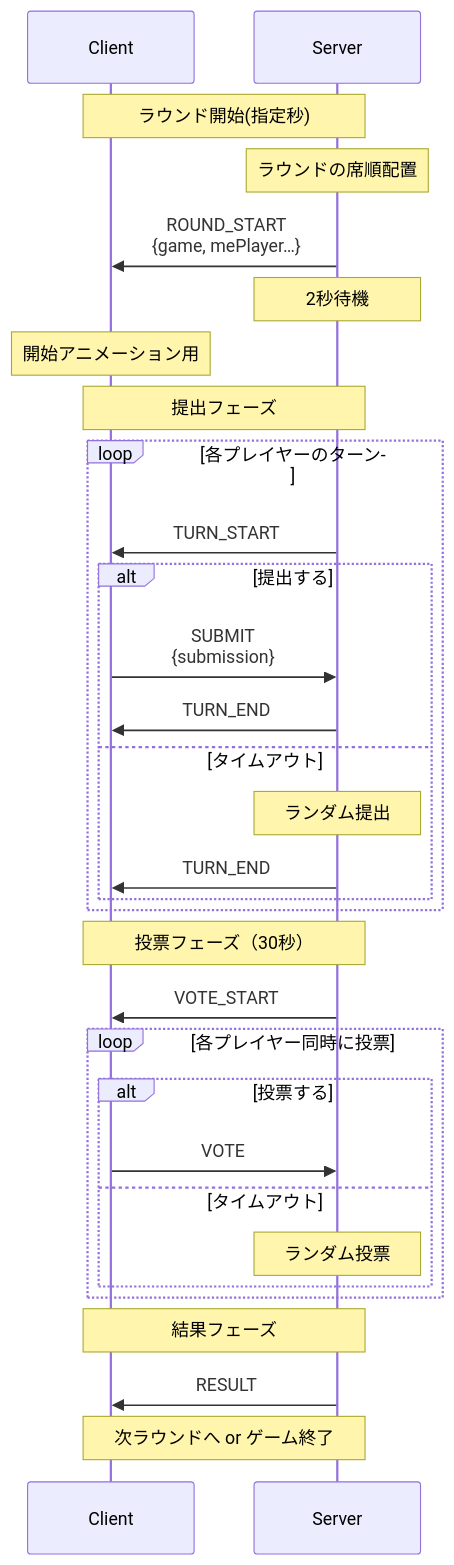
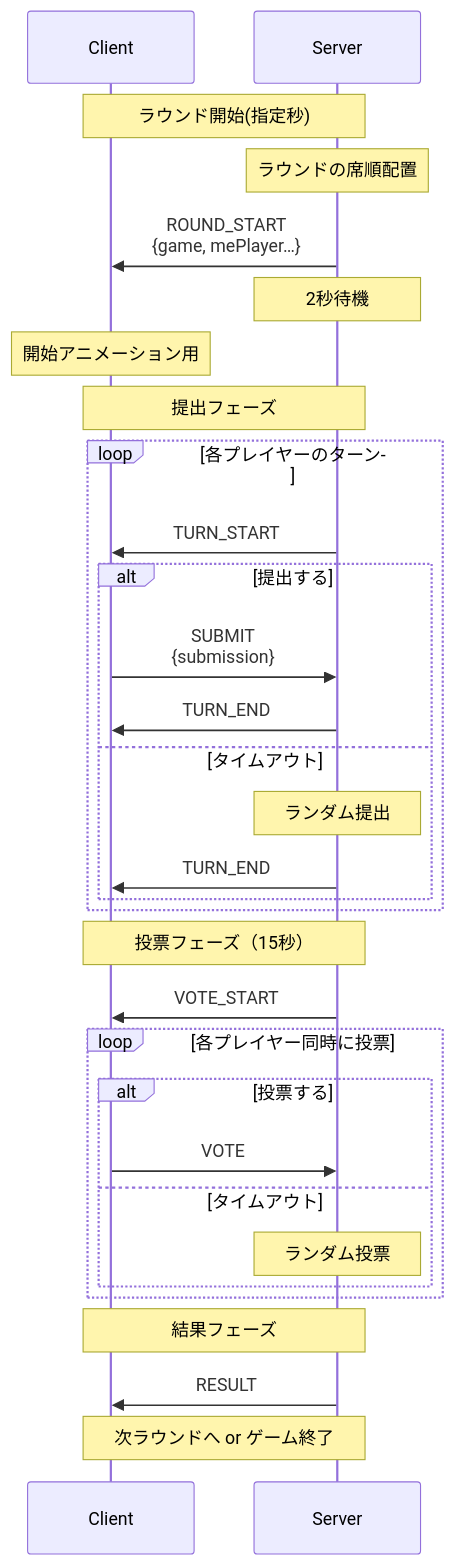
Before and after one commit to sendo-kakeru/omojan: the second of 2 diagrams in docs/omojan-overview.md, drawn with Mermaid. The commit also changed other lines of this file and 8 other files, not shown here.

````diff
--- a/docs/omojan-overview.md
+++ b/docs/omojan-overview.md
@@ -65,43 +63,43 @@
 ```mermaid
 sequenceDiagram
     participant C as Client
     participant S as Server
 
     Note over C,S: ラウンド開始(指定秒)
 
     Note over S: ラウンドの席順配置
     S->>C: ROUND_START<br/>{game, mePlayer…}
     Note over S: 2秒待機
     Note over C: 開始アニメーション用
 
     Note over C,S: 提出フェーズ
 
     loop 各プレイヤーのターン
         S->>C: TURN_START
         alt 提出する
             C->>S: SUBMIT<br/>{submission}
             S->>C: TURN_END
         else タイムアウト
             Note over S: ランダム提出
             S->>C: TURN_END
         end
     end
 
-    Note over C,S: 投票フェーズ（30秒）
+    Note over C,S: 投票フェーズ（15秒）
 
     S->>C: VOTE_START
 
     loop 各プレイヤー同時に投票
         alt 投票する
             C->>S: VOTE
         else タイムアウト
             Note over S: ランダム投票
         end
     end
 
     Note over C,S: 結果フェーズ
 
     S->>C: RESULT
 
     Note over C,S: 次ラウンドへ or ゲーム終了
 ```
````
